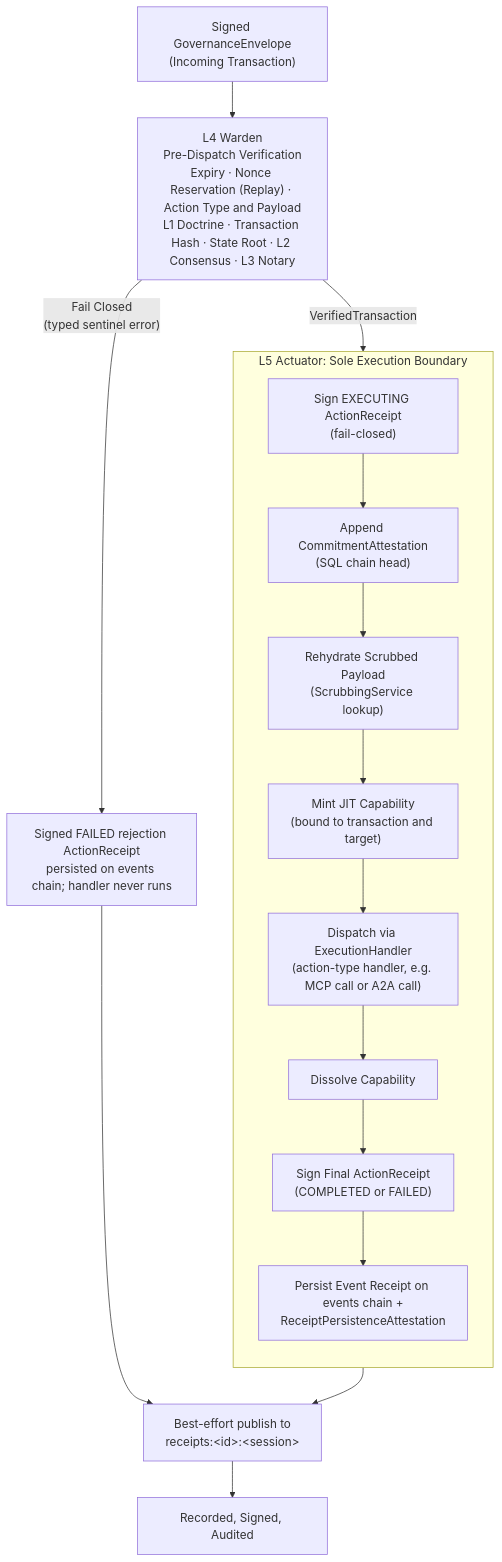
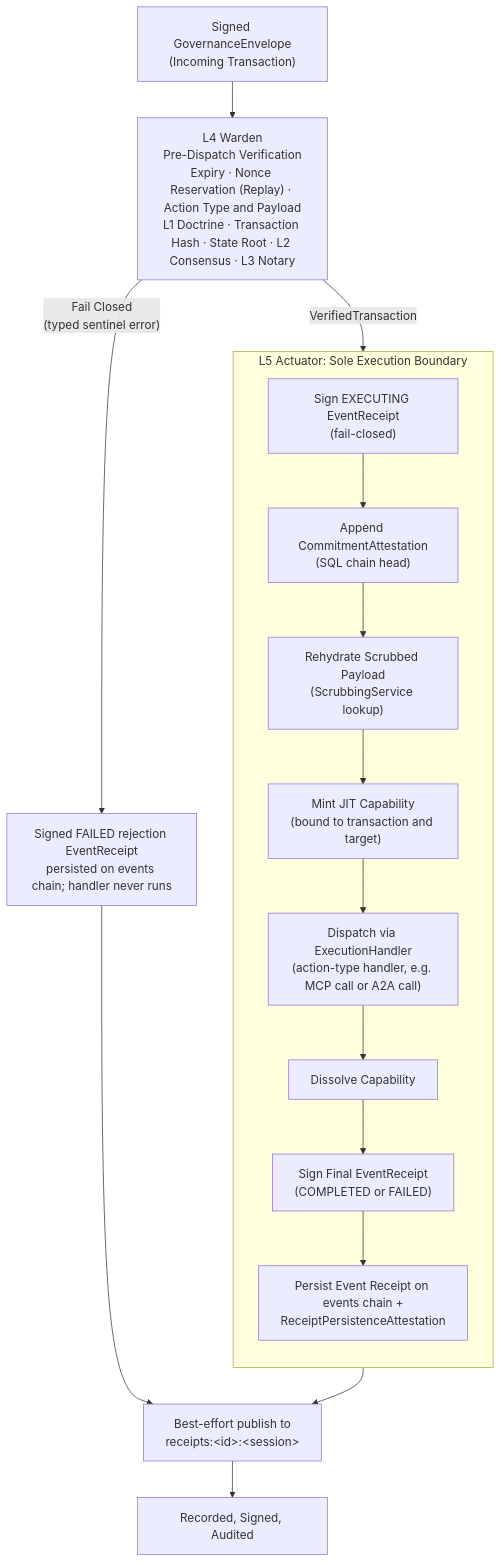
One commit to zerotrustdata/ztd changed the diagram in docs/diagrams/graph-operator-pipeline-l1-l5.md. Above: the diagram before and after it, drawn with Mermaid. The commit also changed other lines of this file and 655 other files, not shown here.

````diff
--- a/docs/diagrams/graph-operator-pipeline-l1-l5.md
+++ b/docs/diagrams/graph-operator-pipeline-l1-l5.md
@@ -27,27 +27,27 @@
 ```mermaid
 graph TD
     Start["Signed GovernanceEnvelope<br/>(Incoming Transaction)"]
 
     Warden["L4 Warden<br/>Pre-Dispatch Verification<br/>Expiry · Nonce Reservation (Replay) · Action Type and Payload<br/>L1 Doctrine · Transaction Hash · State Root · L2 Consensus · L3 Notary"]
 
     subgraph L5Actuator ["L5 Actuator: Sole Execution Boundary"]
         direction TB
-        PreReceipt["Sign EXECUTING ActionReceipt<br/>(fail-closed)"]
+        PreReceipt["Sign EXECUTING EventReceipt<br/>(fail-closed)"]
         Commit["Append CommitmentAttestation<br/>(SQL chain head)"]
         Rehydrate["Rehydrate Scrubbed Payload<br/>(ScrubbingService lookup)"]
         Cap["Mint JIT Capability<br/>(bound to transaction and target)"]
         Exec["Dispatch via ExecutionHandler<br/>(action-type handler, e.g. MCP call or A2A call)"]
         Dissolve["Dissolve Capability"]
-        Receipt["Sign Final ActionReceipt<br/>(COMPLETED or FAILED)"]
+        Receipt["Sign Final EventReceipt<br/>(COMPLETED or FAILED)"]
         AuditLog["Persist Event Receipt on events chain +<br/>ReceiptPersistenceAttestation"]
 
         PreReceipt --> Commit --> Rehydrate --> Cap --> Exec --> Dissolve --> Receipt --> AuditLog
     end
 
     Start --> Warden
     Warden -- "VerifiedTransaction" --> PreReceipt
-    Warden -- "Fail Closed<br/>(typed sentinel error)" --> BlockAudit["Signed FAILED rejection ActionReceipt<br/>persisted on events chain; handler never runs"]
+    Warden -- "Fail Closed<br/>(typed sentinel error)" --> BlockAudit["Signed FAILED rejection EventReceipt<br/>persisted on events chain; handler never runs"]
     AuditLog --> Publish["Best-effort publish to<br/>receipts:&lt;id&gt;:&lt;session&gt;"]
     BlockAudit --> Publish
     Publish --> Done["Recorded, Signed, Audited"]
 ```
````
